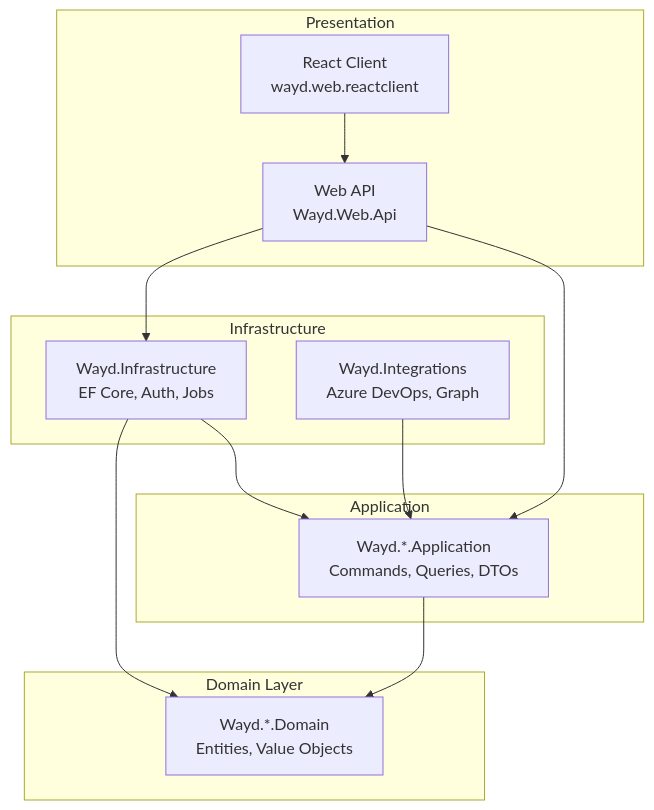
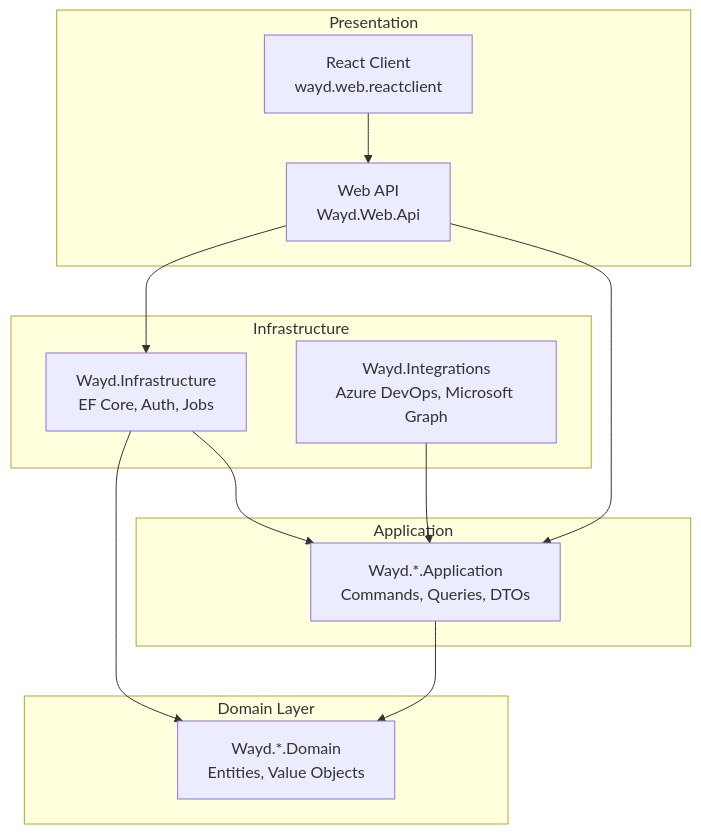
One commit to destacey/Wayd changed the diagram in docs/contributing/architecture.mdx. Above: the diagram before and after it, drawn with Mermaid. The commit also changed other lines of this file and 4 other files, not shown here.

````diff
--- a/docs/contributing/architecture.mdx
+++ b/docs/contributing/architecture.mdx
@@ -14,25 +14,25 @@
 ```mermaid
 graph TB
     subgraph "Presentation"
         API["Web API<br/>Wayd.Web.Api"]
         Client["React Client<br/>wayd.web.reactclient"]
     end
     subgraph "Infrastructure"
         Infra["Wayd.Infrastructure<br/>EF Core, Auth, Jobs"]
-        Integrations["Wayd.Integrations<br/>Azure DevOps, Graph"]
+        Integrations["Wayd.Integrations<br/>Azure DevOps, Microsoft Graph"]
     end
     subgraph "Application"
         App["Wayd.*.Application<br/>Commands, Queries, DTOs"]
     end
     subgraph "Domain Layer"
         Dom["Wayd.*.Domain<br/>Entities, Value Objects"]
     end
 
     API --> App
     API --> Infra
     Infra --> App
     Infra --> Dom
     App --> Dom
     Client --> API
     Integrations --> App
 ```
````
